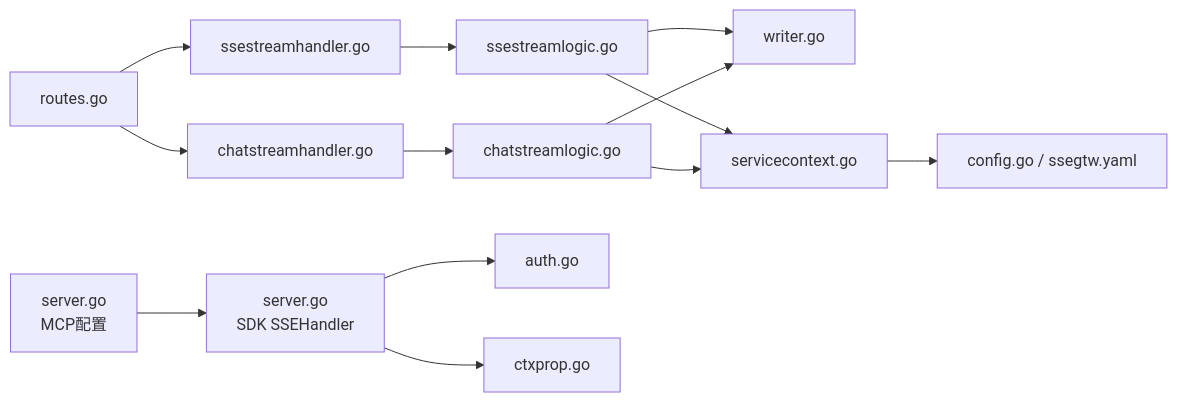
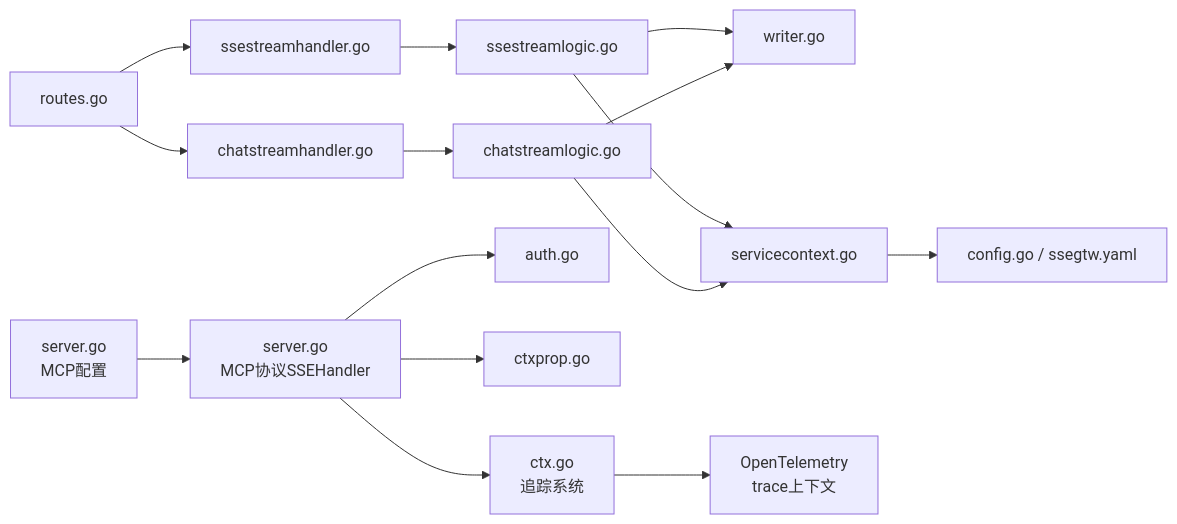
Before and after one commit to maomao94/zero-service: diagram 11 of 11 in .qoder/repowiki/zh/content/实时通信模块/Server-Sent Events流式传输.md, drawn with Mermaid. The commit also changed other lines of this file and 25 other files, not shown here.

````diff
--- a/.qoder/repowiki/zh/content/实时通信模块/Server-Sent Events流式传输.md
+++ b/.qoder/repowiki/zh/content/实时通信模块/Server-Sent Events流式传输.md
@@ -423,15 +539,17 @@
 ```mermaid
 graph LR
 Routes["routes.go"] --> SSEHandler["ssestreamhandler.go"]
 Routes --> ChatHandler["chatstreamhandler.go"]
 SSEHandler --> SSLogic["ssestreamlogic.go"]
 ChatHandler --> ChatLogic["chatstreamlogic.go"]
 SSLogic --> Writer["writer.go"]
 ChatLogic --> Writer
 SSLogic --> Ctx["servicecontext.go"]
 ChatLogic --> Ctx
 Ctx --> Config["config.go / ssegtw.yaml"]
-SDKHandler["server.go<br/>SDK SSEHandler"] --> AuthVerifier["auth.go"]
-SDKHandler --> CtxProp["ctxprop.go"]
-MCPConfig["server.go<br/>MCP配置"] --> SDKHandler
+MCPHandler["server.go<br/>MCP协议SSEHandler"] --> AuthVerifier["auth.go"]
+MCPHandler --> CtxProp["ctxprop.go"]
+MCPHandler --> TraceSystem["ctx.go<br/>追踪系统"]
+MCPConfig["server.go<br/>MCP配置"] --> MCPHandler
+TraceSystem --> OpenTelemetry["OpenTelemetry<br/>trace上下文"]
 ```
````
